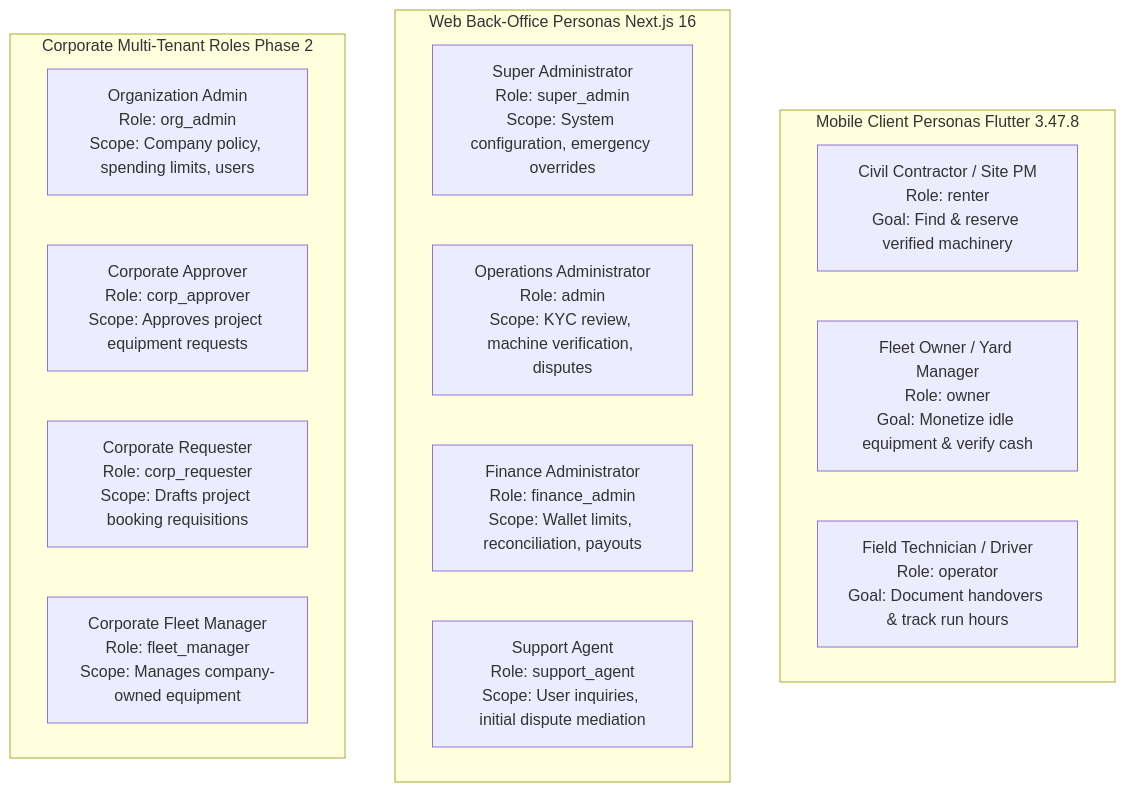
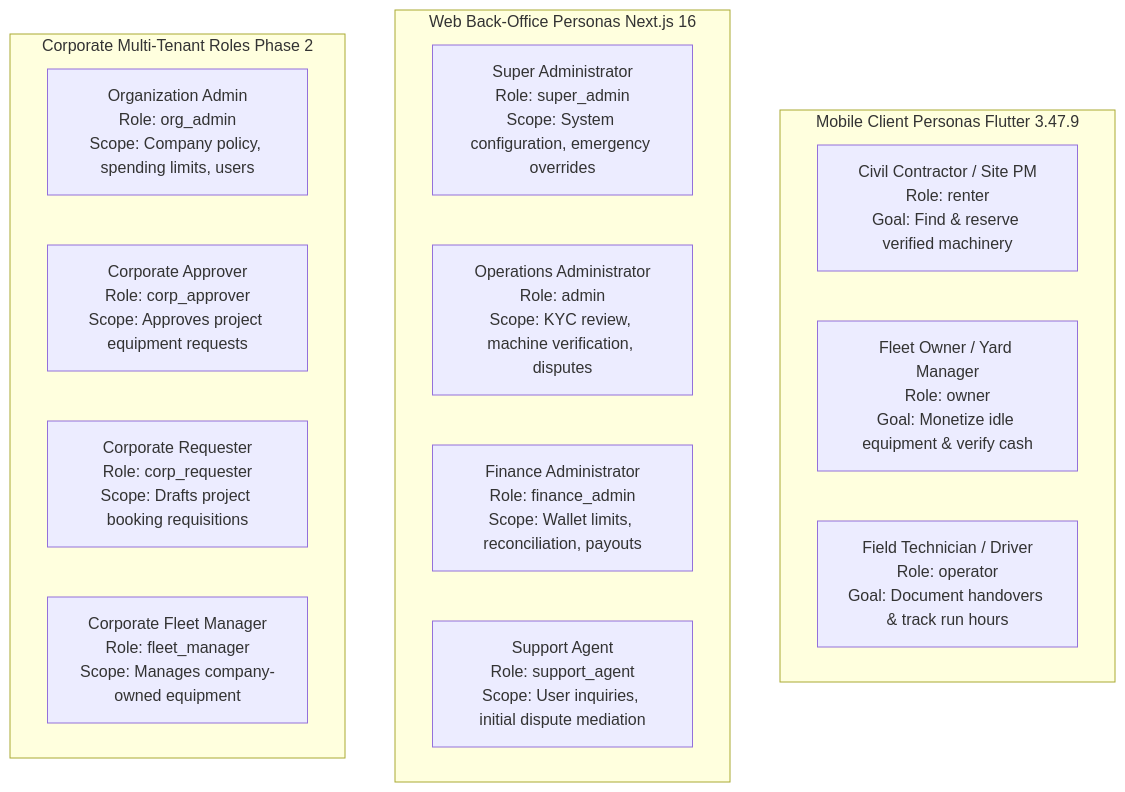
Before and after one commit to YDink/Heavy-Machinery-Logistics-Rental: the diagram in docs/shared/architecture/01-introduction.md, drawn with Mermaid. The commit also changed other lines of this file and 183 other files, not shown here.

````diff
--- a/docs/shared/architecture/01-introduction.md
+++ b/docs/shared/architecture/01-introduction.md
@@ -96,22 +96,22 @@
 ```mermaid
 flowchart TD
-    subgraph MobilePersonas [Mobile Client Personas Flutter 3.47.8]
+    subgraph MobilePersonas [Mobile Client Personas Flutter 3.47.9]
         Renter["Civil Contractor / Site PM<br/>Role: renter<br/>Goal: Find & reserve verified machinery"]
         Owner["Fleet Owner / Yard Manager<br/>Role: owner<br/>Goal: Monetize idle equipment & verify cash"]
         Operator["Field Technician / Driver<br/>Role: operator<br/>Goal: Document handovers & track run hours"]
     end
 
     subgraph AdminPersonas [Web Back-Office Personas Next.js 16]
         SuperAdmin["Super Administrator<br/>Role: super_admin<br/>Scope: System configuration, emergency overrides"]
         OpsAdmin["Operations Administrator<br/>Role: admin<br/>Scope: KYC review, machine verification, disputes"]
         FinanceAdmin["Finance Administrator<br/>Role: finance_admin<br/>Scope: Wallet limits, reconciliation, payouts"]
         SupportAgent["Support Agent<br/>Role: support_agent<br/>Scope: User inquiries, initial dispute mediation"]
     end
 
     subgraph Phase2Personas [Corporate Multi-Tenant Roles Phase 2]
         OrgAdmin["Organization Admin<br/>Role: org_admin<br/>Scope: Company policy, spending limits, users"]
         CorpApprover["Corporate Approver<br/>Role: corp_approver<br/>Scope: Approves project equipment requests"]
         CorpRequester["Corporate Requester<br/>Role: corp_requester<br/>Scope: Drafts project booking requisitions"]
         FleetManager["Corporate Fleet Manager<br/>Role: fleet_manager<br/>Scope: Manages company-owned equipment"]
     end
 ```
````
